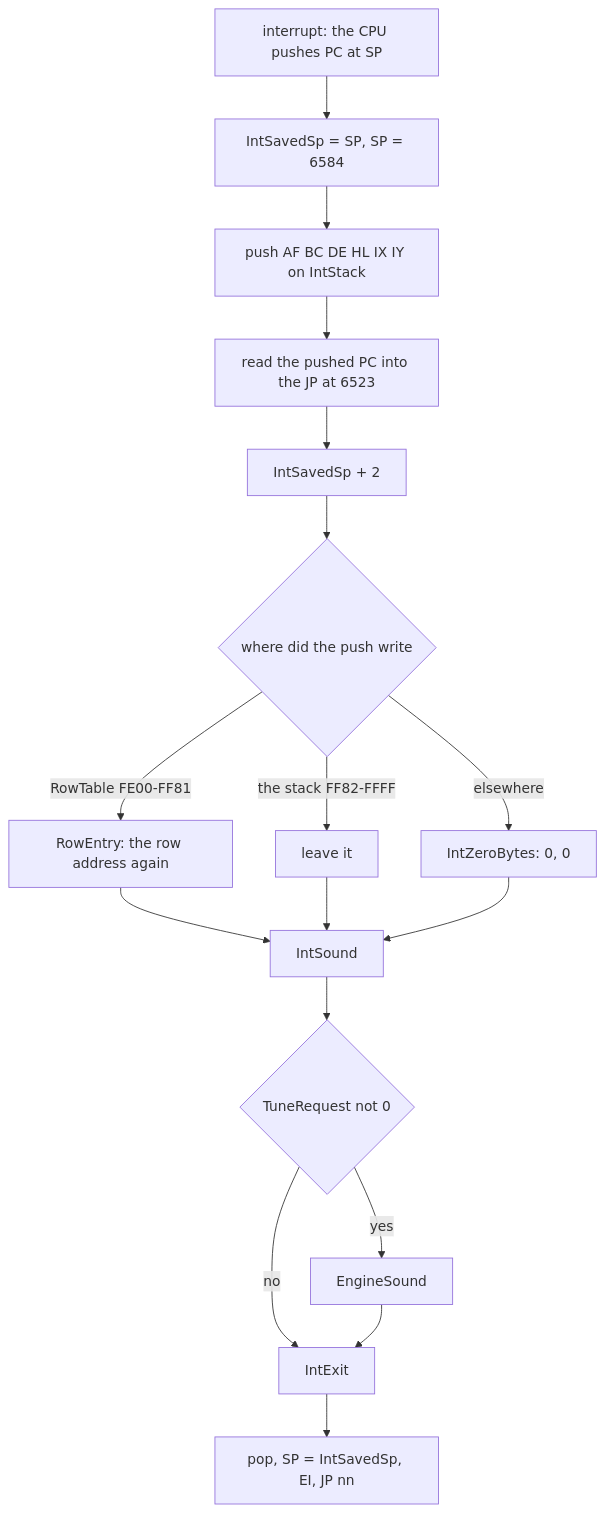
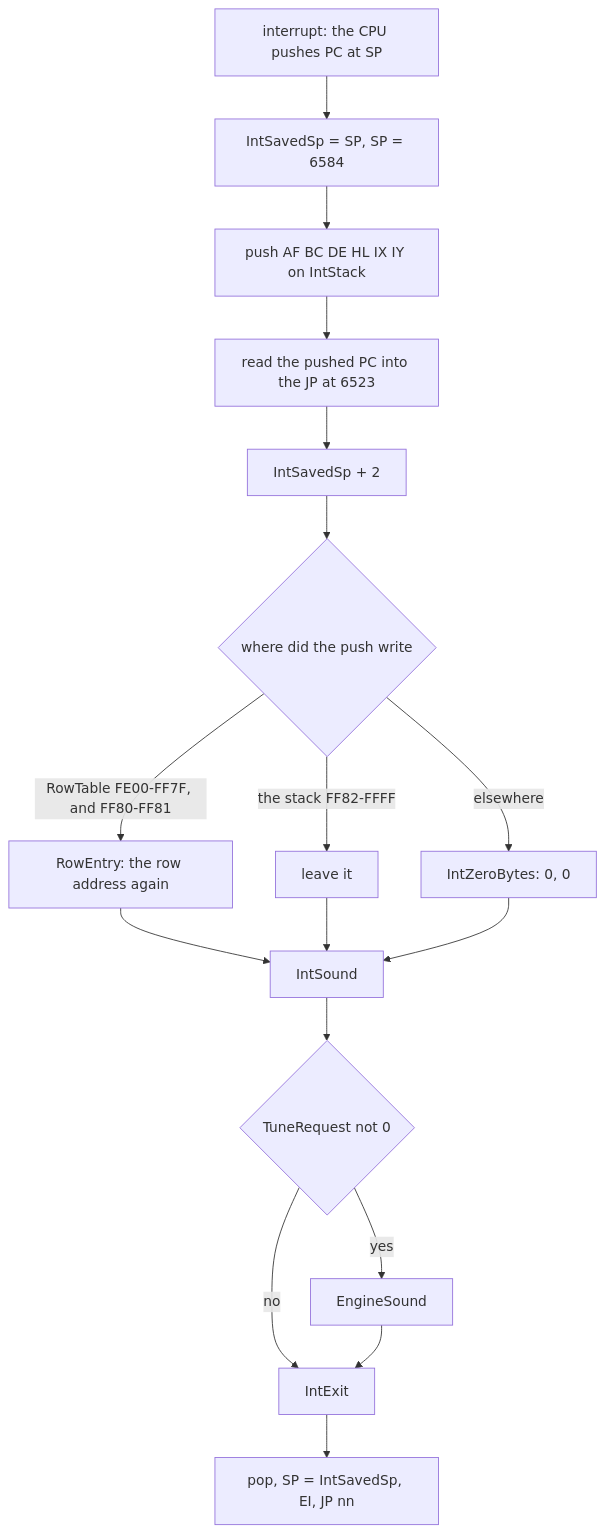
One commit to alfishe/unrealng-reverse-cases changed the third of 9 diagrams in games/enduro-racer/docs/04-game-loop.md. Above: the diagram before and after it, drawn with Mermaid. The commit also changed other lines of this file and 29 other files, not shown here.

````diff
--- a/games/enduro-racer/docs/04-game-loop.md
+++ b/games/enduro-racer/docs/04-game-loop.md
@@ -256,19 +256,19 @@
 ```mermaid
 flowchart TD
     A["interrupt: the CPU pushes PC at SP"] --> B["IntSavedSp = SP, SP = 6584"]
     B --> C["push AF BC DE HL IX IY on IntStack"]
     C --> D["read the pushed PC into the JP at 6523"]
     D --> E["IntSavedSp + 2"]
     E --> F{"where did the push write"}
-    F -->|"RowTable FE00-FF81"| G["RowEntry: the row address again"]
+    F -->|"RowTable FE00-FF7F, and FF80-FF81"| G["RowEntry: the row address again"]
     F -->|"the stack FF82-FFFF"| H["leave it"]
     F -->|"elsewhere"| I["IntZeroBytes: 0, 0"]
     G --> J["IntSound"]
     H --> J
     I --> J
     J --> K{"TuneRequest not 0"}
     K -->|yes| L["EngineSound"]
     K -->|no| M["IntExit"]
     L --> M
     M --> N["pop, SP = IntSavedSp, EI, JP nn"]
 ```
````
